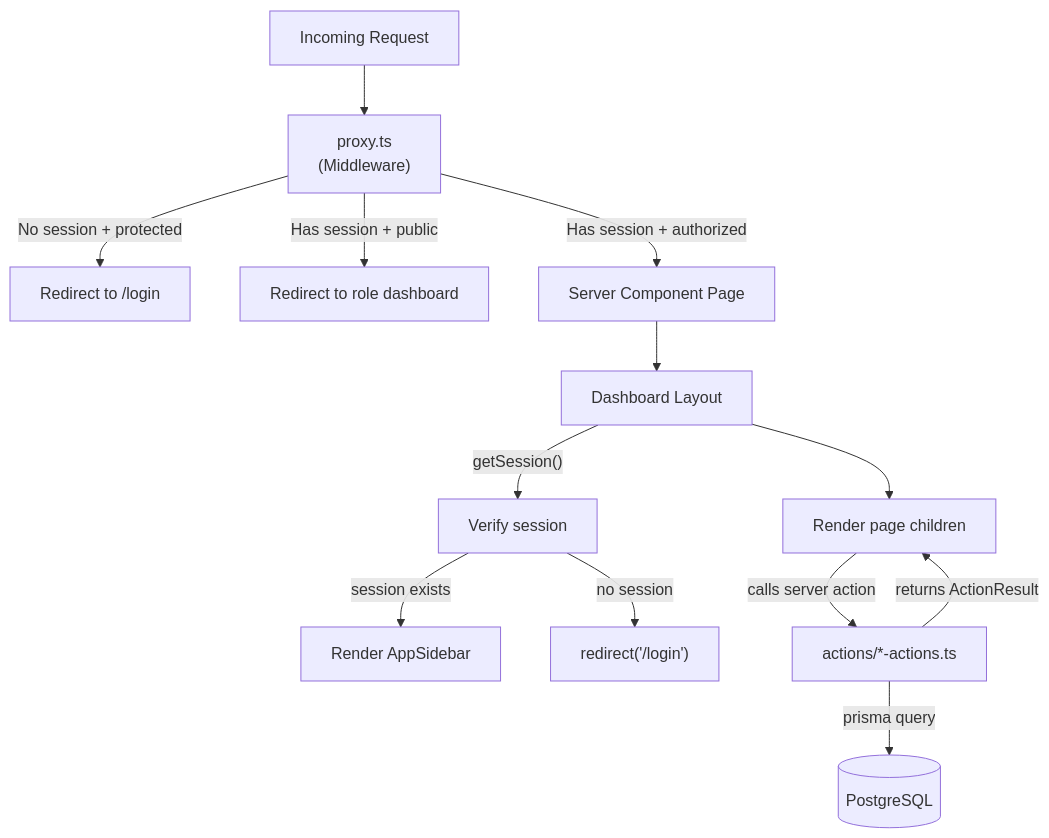
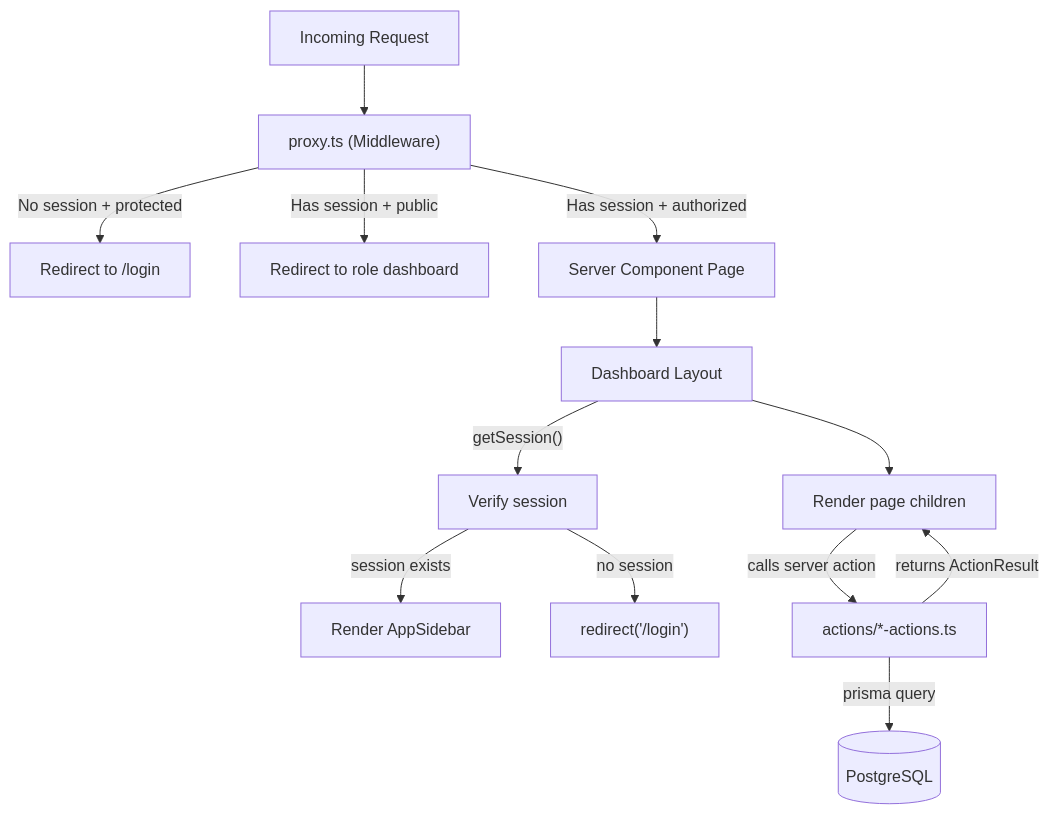
The fifth of 5 diagrams in docs/01-system-architecture.md (asefahmed500/Smart-Task-App_IIT_DU_Final_Project), drawn with Mermaid before and after one commit. The commit also changed other lines of this file and 8 other files, not shown here.

Commit message:
fix: remove br tags from mermaid diagrams for GitHub rendering

````diff
--- a/docs/01-system-architecture.md
+++ b/docs/01-system-architecture.md
@@ -256,17 +256,17 @@
 ```mermaid
 graph TD
-    REQ["Incoming Request"] --> PROXY["proxy.ts<br/>(Middleware)"]
+    REQ["Incoming Request"] --> PROXY["proxy.ts (Middleware)"]
     PROXY -->|No session + protected| REDIRECT["Redirect to /login"]
     PROXY -->|Has session + public| DASHBOARD["Redirect to role dashboard"]
     PROXY -->|Has session + authorized| PAGE["Server Component Page"]
 
     PAGE --> LAYOUT["Dashboard Layout"]
     LAYOUT -->|"getSession()"| AUTH_CHECK["Verify session"]
     AUTH_CHECK -->|"session exists"| SIDEBAR["Render AppSidebar"]
     AUTH_CHECK -->|"no session"| LOGIN_REDIRECT["redirect('/login')"]
 
     LAYOUT --> CHILDREN["Render page children"]
     CHILDREN -->|"calls server action"| ACTION["actions/*-actions.ts"]
     ACTION -->|"prisma query"| DB[("PostgreSQL")]
     ACTION -->|"returns ActionResult"| CHILDREN
 ```
````
